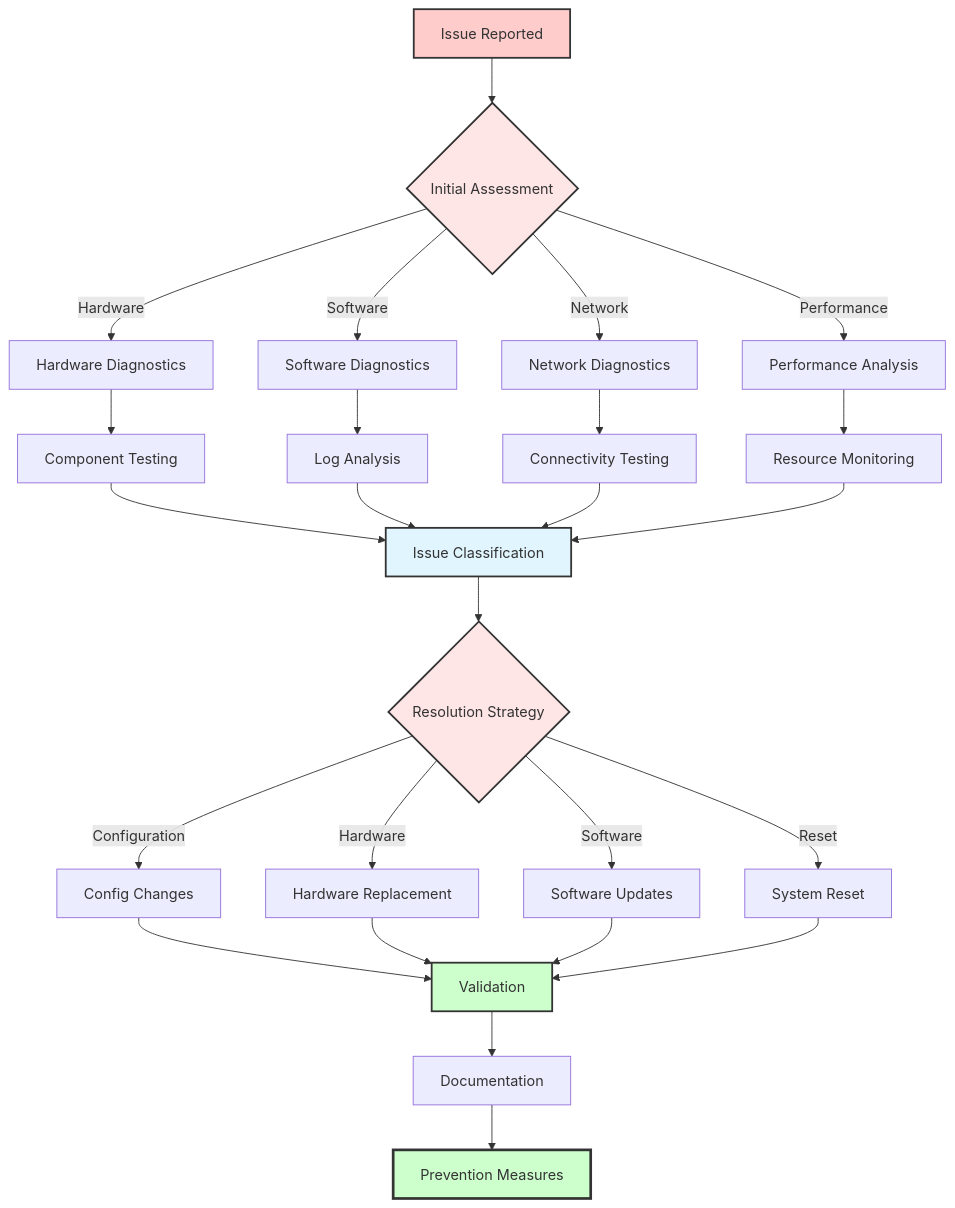
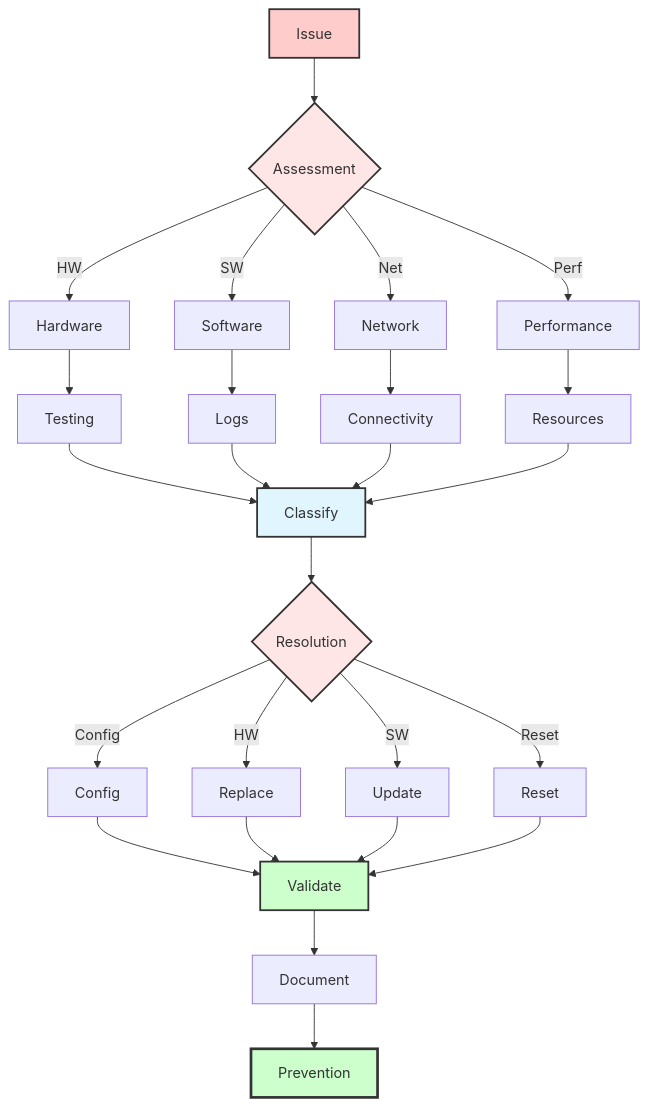
The diagram in docs/operations/troubleshooting.md (JayeshKakkad-Rotoclear/Rotoclear-C-Pro-Docs), drawn with Mermaid before and after one commit. The commit also changed 16 other files, not shown here.

Commit message:
Fix Mermaid diagram text overflow issues - Simplified all node labels to prevent text cutoff - Removed line breaks from node text - Shortened labels while maintaining clarity - Fixed all diagrams to display properly on website

````diff
--- a/docs/operations/troubleshooting.md
+++ b/docs/operations/troubleshooting.md
@@ -9,40 +9,40 @@
 ```mermaid
 graph TB
-    A[Issue Reported] --> B{Initial Assessment}
+    A[Issue] --> B{Assessment}
     
-    B -->|Hardware| C[Hardware Diagnostics]
-    B -->|Software| D[Software Diagnostics]
-    B -->|Network| E[Network Diagnostics]
-    B -->|Performance| F[Performance Analysis]
+    B -->|HW| C[Hardware]
+    B -->|SW| D[Software]
+    B -->|Net| E[Network]
+    B -->|Perf| F[Performance]
     
-    C --> G[Component Testing]
-    D --> H[Log Analysis]
-    E --> I[Connectivity Testing]
-    F --> J[Resource Monitoring]
+    C --> G[Testing]
+    D --> H[Logs]
+    E --> I[Connectivity]
+    F --> J[Resources]
     
-    G --> K[Issue Classification]
+    G --> K[Classify]
     H --> K
     I --> K
     J --> K
     
-    K --> L{Resolution Strategy}
-    L -->|Configuration| M[Config Changes]
-    L -->|Hardware| N[Hardware Replacement]
-    L -->|Software| O[Software Updates]
-    L -->|Reset| P[System Reset]
+    K --> L{Resolution}
+    L -->|Config| M[Config]
+    L -->|HW| N[Replace]
+    L -->|SW| O[Update]
+    L -->|Reset| P[Reset]
     
-    M --> Q[Validation]
+    M --> Q[Validate]
     N --> Q
     O --> Q
     P --> Q
     
-    Q --> R[Documentation]
-    R --> S[Prevention Measures]
+    Q --> R[Document]
+    R --> S[Prevention]
     
     style A fill:#ffcccc,stroke:#333,stroke-width:2px
     style B fill:#ffe6e6,stroke:#333,stroke-width:2px
     style K fill:#e1f5ff,stroke:#333,stroke-width:2px
     style L fill:#ffe6e6,stroke:#333,stroke-width:2px
     style Q fill:#ccffcc,stroke:#333,stroke-width:2px
     style S fill:#ccffcc,stroke:#333,stroke-width:3px
 ```
````
